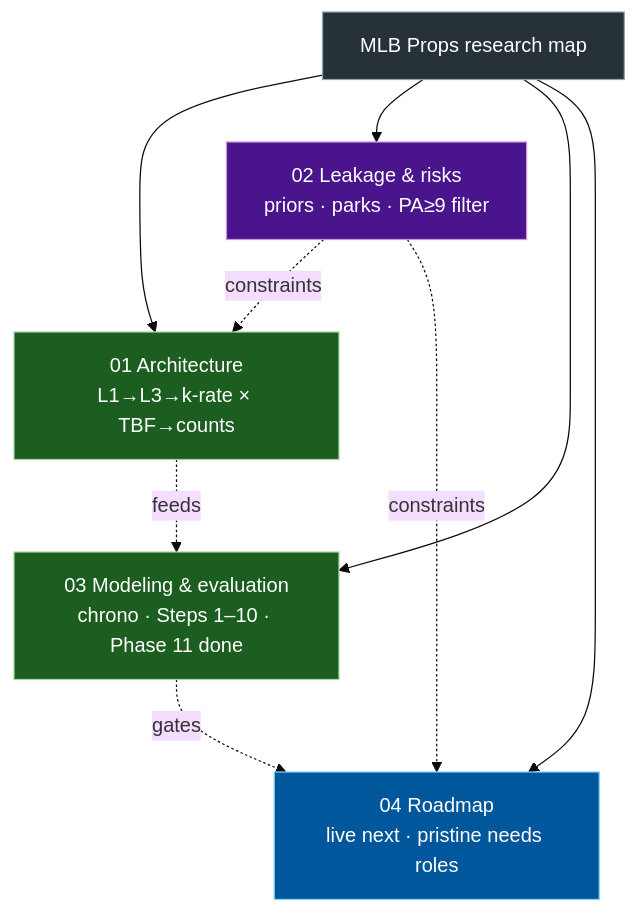
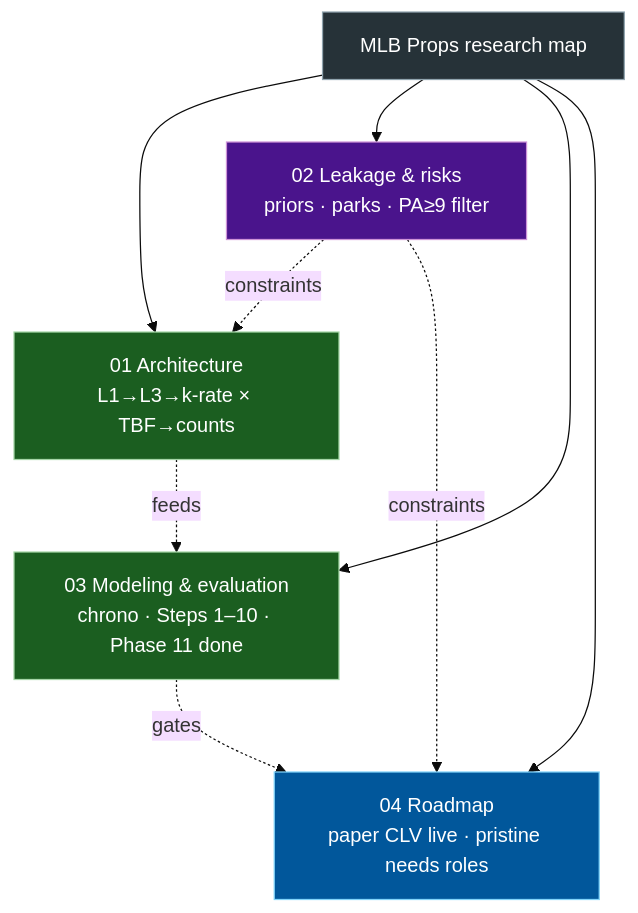
Before and after one commit to Cbkaplinger/MLB-Props: the diagram in docs/diagrams/00-index.md, drawn with Mermaid (base theme). The commit also changed other lines of this file and 35 other files, not shown here.

````diff
--- a/docs/diagrams/00-index.md
+++ b/docs/diagrams/00-index.md
@@ -6,26 +6,26 @@
 ```mermaid
 flowchart TB
   classDef built fill:#1b5e20,stroke:#a5d6a7,color:#fff
   classDef partial fill:#e65100,stroke:#ffcc80,color:#fff
   classDef missing fill:#b71c1c,stroke:#ef9a9a,color:#fff
   classDef risk fill:#4a148c,stroke:#ce93d8,color:#fff
   classDef next fill:#01579b,stroke:#81d4fa,color:#fff
   classDef index fill:#263238,stroke:#90a4ae,color:#fff
 
   IDX["MLB Props research map"]:::index
 
   A["01 Architecture<br/>L1→L3→k-rate × TBF→counts"]:::built
   B["02 Leakage & risks<br/>priors · parks · PA≥9 filter"]:::risk
   C["03 Modeling & evaluation<br/>chrono · Steps 1–10 · Phase 11 done"]:::built
-  D["04 Roadmap<br/>live next · pristine needs roles"]:::next
+  D["04 Roadmap<br/>paper CLV live · pristine needs roles"]:::next
 
   IDX --> A
   IDX --> B
   IDX --> C
   IDX --> D
 
   A -.->|"feeds"| C
   B -.->|"constraints"| A
   B -.->|"constraints"| D
   C -.->|"gates"| D
 ```
````
